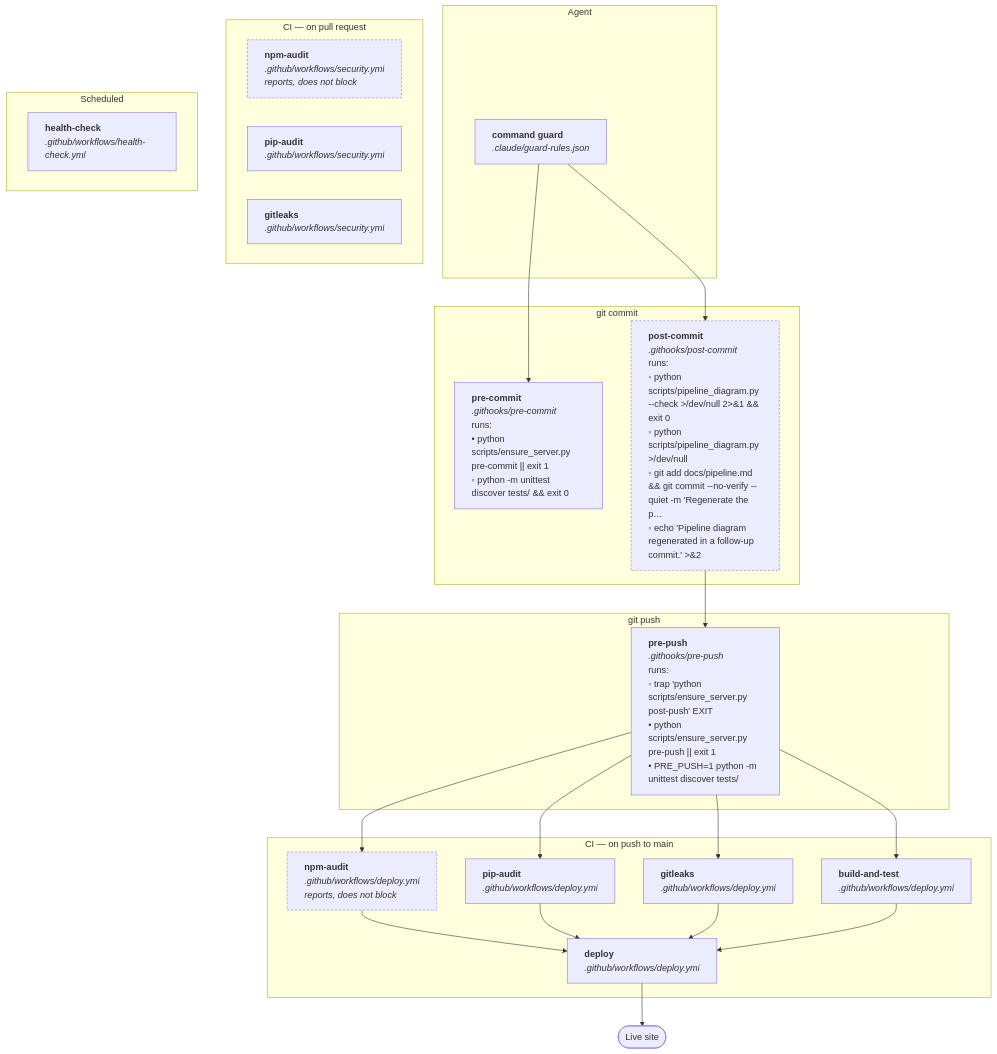
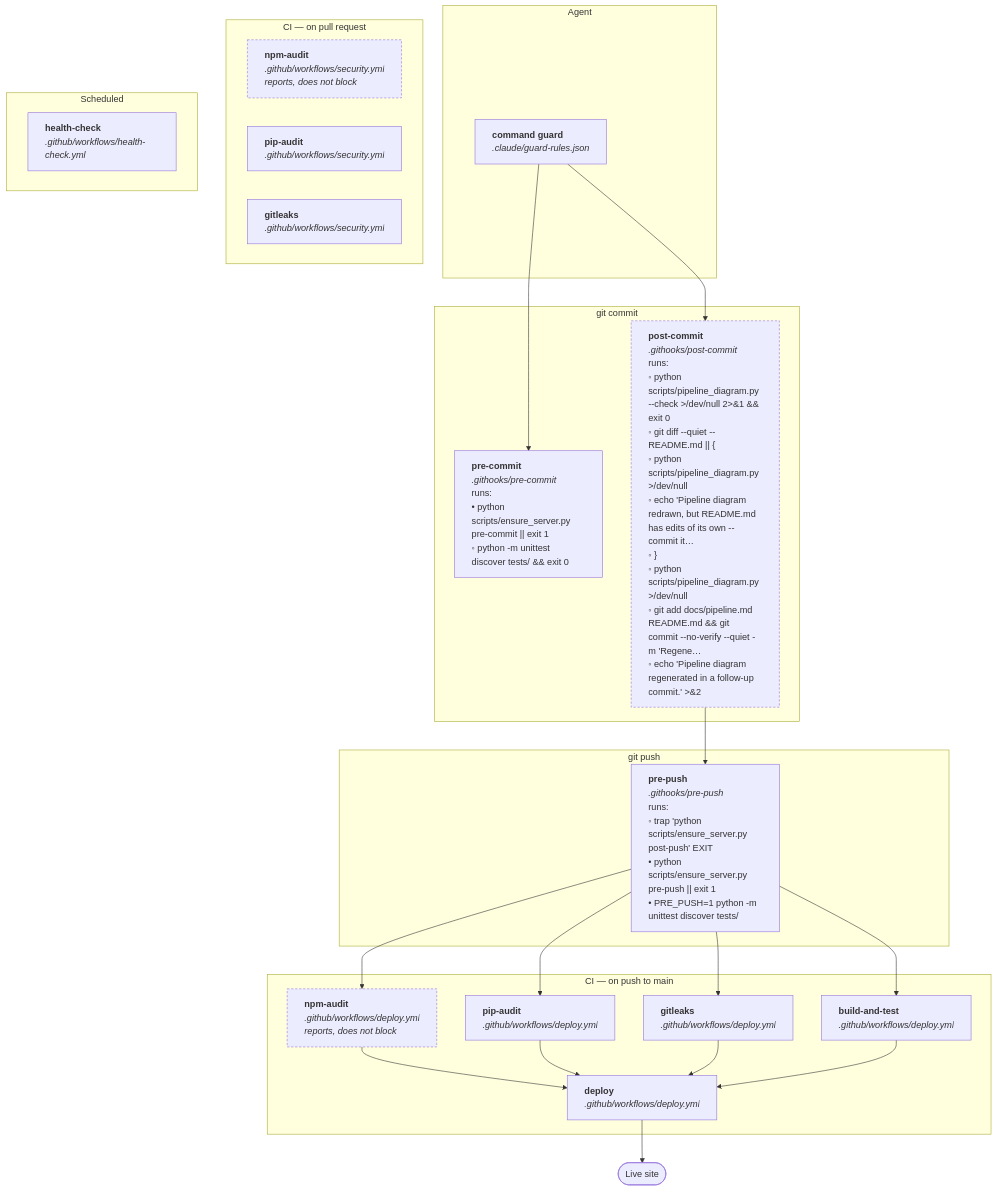
Before and after one commit to buedaswag/landing-page: the diagram in docs/pipeline.md, drawn with Mermaid. The commit also changed 4 other files, not shown here.

First line of the commit message:
Show the pipeline diagram in the README too

````diff
--- a/docs/pipeline.md
+++ b/docs/pipeline.md
@@ -13,43 +13,43 @@
 ```mermaid
 graph TD
     subgraph agent["Agent"]
         command_guard["<div style='text-align:left'><b>command guard</b><br/><i>.claude/guard-rules.json</i></div>"]
     end
     subgraph commit["git commit"]
         pre_commit["<div style='text-align:left'><b>pre-commit</b><br/><i>.githooks/pre-commit</i><br/>runs:<br/>• python scripts/ensure_server.py pre-commit #124;#124; exit 1<br/>◦ python -m unittest discover tests/ && exit 0</div>"]
-        post_commit["<div style='text-align:left'><b>post-commit</b><br/><i>.githooks/post-commit</i><br/>runs:<br/>◦ python scripts/pipeline_diagram.py --check >/dev/null 2>&1 && exit 0<br/>◦ python scripts/pipeline_diagram.py >/dev/null<br/>◦ git add docs/pipeline.md && git commit --no-verify --quiet -m 'Regenerate the p…<br/>◦ echo 'Pipeline diagram regenerated in a follow-up commit.' >&2</div>"]
+        post_commit["<div style='text-align:left'><b>post-commit</b><br/><i>.githooks/post-commit</i><br/>runs:<br/>◦ python scripts/pipeline_diagram.py --check >/dev/null 2>&1 && exit 0<br/>◦ git diff --quiet -- README.md #124;#124; #123;<br/>◦ python scripts/pipeline_diagram.py >/dev/null<br/>◦ echo 'Pipeline diagram redrawn, but README.md has edits of its own -- commit it…<br/>◦ #125;<br/>◦ python scripts/pipeline_diagram.py >/dev/null<br/>◦ git add docs/pipeline.md README.md && git commit --no-verify --quiet -m 'Regene…<br/>◦ echo 'Pipeline diagram regenerated in a follow-up commit.' >&2</div>"]
     end
     subgraph push["git push"]
         pre_push["<div style='text-align:left'><b>pre-push</b><br/><i>.githooks/pre-push</i><br/>runs:<br/>◦ trap 'python scripts/ensure_server.py post-push' EXIT<br/>• python scripts/ensure_server.py pre-push #124;#124; exit 1<br/>• PRE_PUSH=1 python -m unittest discover tests/</div>"]
     end
     subgraph ci["CI — on push to main"]
         deploy_npm_audit["<div style='text-align:left'><b>npm-audit</b><br/><i>.github/workflows/deploy.yml</i><br/><i>reports, does not block</i></div>"]
         deploy_pip_audit["<div style='text-align:left'><b>pip-audit</b><br/><i>.github/workflows/deploy.yml</i></div>"]
         deploy_gitleaks["<div style='text-align:left'><b>gitleaks</b><br/><i>.github/workflows/deploy.yml</i></div>"]
         deploy_build_and_test["<div style='text-align:left'><b>build-and-test</b><br/><i>.github/workflows/deploy.yml</i></div>"]
         deploy_deploy["<div style='text-align:left'><b>deploy</b><br/><i>.github/workflows/deploy.yml</i></div>"]
     end
     subgraph pr["CI — on pull request"]
         security_npm_audit["<div style='text-align:left'><b>npm-audit</b><br/><i>.github/workflows/security.yml</i><br/><i>reports, does not block</i></div>"]
         security_pip_audit["<div style='text-align:left'><b>pip-audit</b><br/><i>.github/workflows/security.yml</i></div>"]
         security_gitleaks["<div style='text-align:left'><b>gitleaks</b><br/><i>.github/workflows/security.yml</i></div>"]
     end
     subgraph scheduled["Scheduled"]
         health_check_health_check["<div style='text-align:left'><b>health-check</b><br/><i>.github/workflows/health-check.yml</i></div>"]
     end
     live(["Live site"])
     command_guard --> pre_commit
     command_guard --> post_commit
     post_commit --> pre_push
     pre_push --> deploy_npm_audit
     pre_push --> deploy_pip_audit
     pre_push --> deploy_gitleaks
     pre_push --> deploy_build_and_test
     deploy_npm_audit --> deploy_deploy
     deploy_pip_audit --> deploy_deploy
     deploy_gitleaks --> deploy_deploy
     deploy_build_and_test --> deploy_deploy
     deploy_deploy --> live
     classDef reports stroke-dasharray: 4 3
     class post_commit,deploy_npm_audit,security_npm_audit reports
 ```
````
